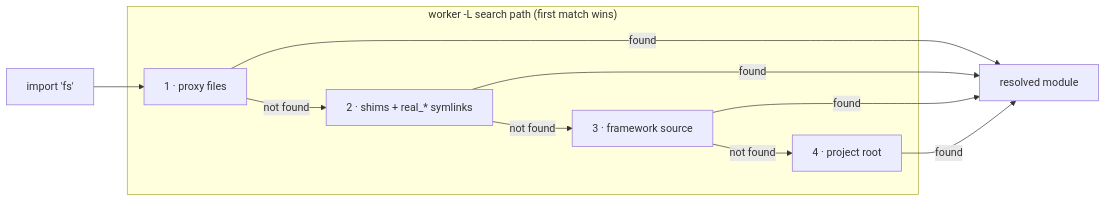
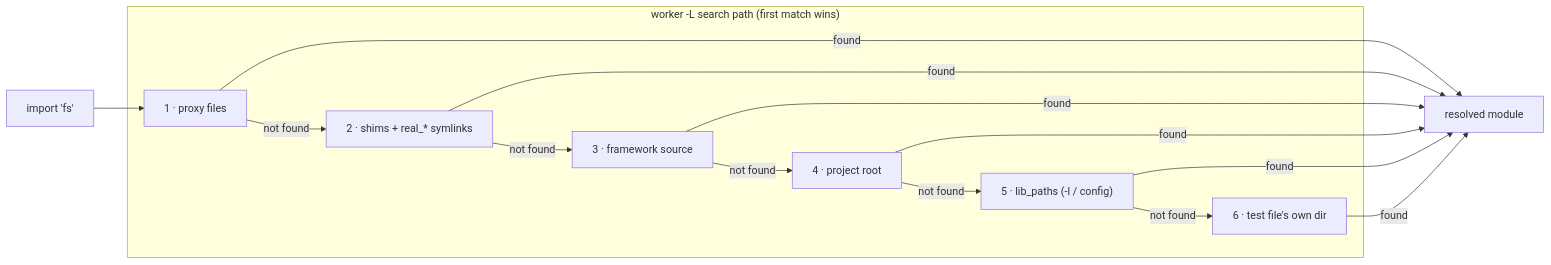
The diagram in docs/explanation/shim-generation.md (m00qek/utest), drawn with Mermaid before and after one commit. The commit also changed other lines of this file and 6 other files, not shown here.

````diff
--- a/docs/explanation/shim-generation.md
+++ b/docs/explanation/shim-generation.md
@@ -86,19 +94,25 @@
 ```mermaid
 flowchart LR
     IMP["import 'fs'"] --> P1
 
     subgraph "worker -L search path (first match wins)"
         P1["1 · proxy files"]
         P2["2 · shims + real_* symlinks"]
         P3["3 · framework source"]
         P4["4 · project root"]
+        P5["5 · lib_paths (-l / config)"]
+        P6["6 · test file's own dir"]
         P1 -->|"not found"| P2
         P2 -->|"not found"| P3
         P3 -->|"not found"| P4
+        P4 -->|"not found"| P5
+        P5 -->|"not found"| P6
     end
 
     P1 -->|"found"| RES["resolved module"]
     P2 -->|"found"| RES
     P3 -->|"found"| RES
     P4 -->|"found"| RES
+    P5 -->|"found"| RES
+    P6 -->|"found"| RES
 ```
````
